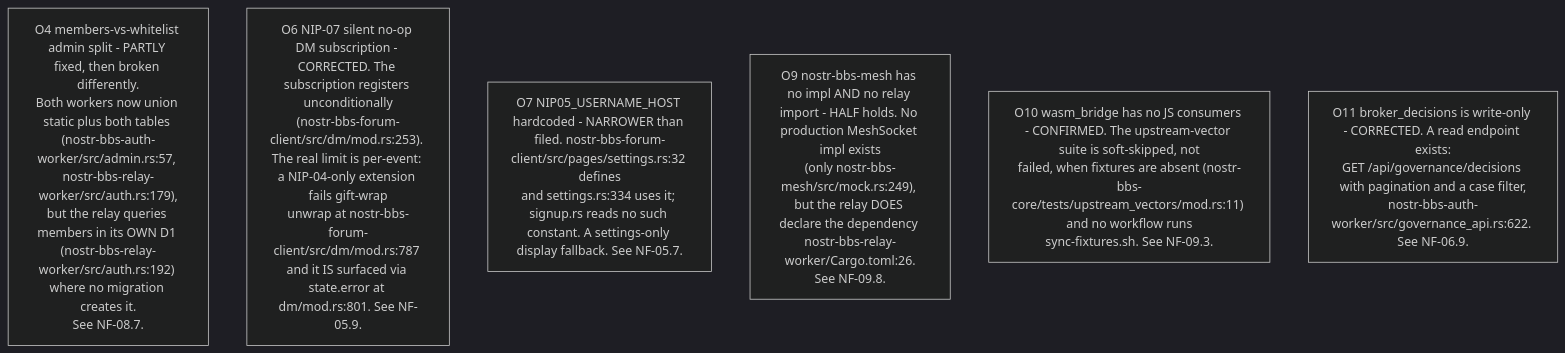
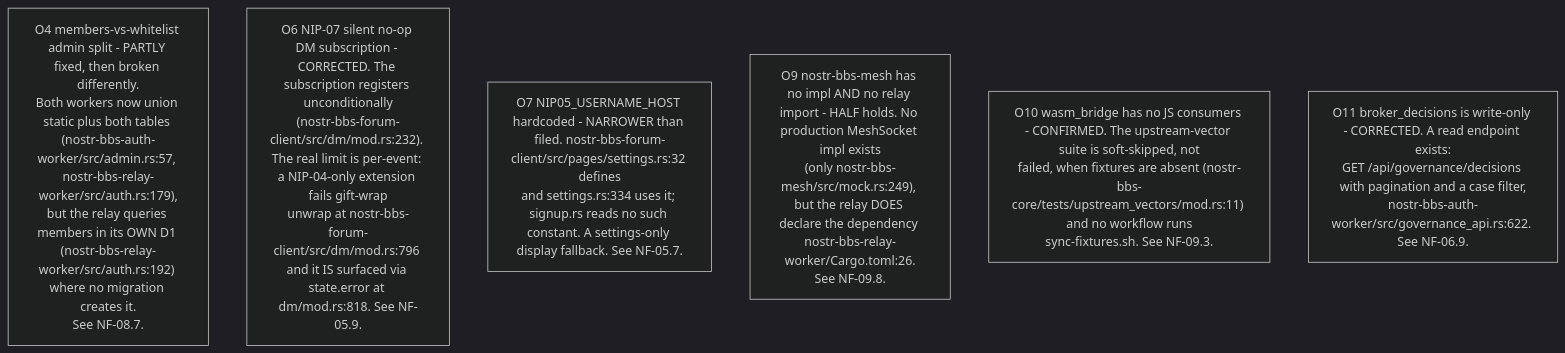
The fourth of 10 diagrams in docs/diagrams/nostr-rust-forum/10-invariants-and-anomaly-register.md (DreamLab-AI/VisionFlow), drawn with Mermaid (dark theme) before and after one commit. The commit also changed other lines of this file and 136 other files, not shown here.

First line of the commit message:
docs(diagrams): refresh the whole corpus to code HEAD and prune low-value diagrams

````diff
--- a/docs/diagrams/nostr-rust-forum/10-invariants-and-anomaly-register.md
+++ b/docs/diagrams/nostr-rust-forum/10-invariants-and-anomaly-register.md
@@ -107,9 +106,9 @@
 ```mermaid
 flowchart TB
     O4["O4 members-vs-whitelist admin split - PARTLY fixed, then broken differently.<br/>Both workers now union static plus both tables (nostr-bbs-auth-worker/src/admin.rs:57, nostr-bbs-relay-worker/src/auth.rs:179),<br/>but the relay queries members in its OWN D1 (nostr-bbs-relay-worker/src/auth.rs:192) where no migration creates it.<br/>See NF-08.7."]
-    O6["O6 NIP-07 silent no-op DM subscription - CORRECTED. The subscription registers unconditionally<br/>(nostr-bbs-forum-client/src/dm/mod.rs:253). The real limit is per-event: a NIP-04-only extension fails gift-wrap<br/>unwrap at nostr-bbs-forum-client/src/dm/mod.rs:787 and it IS surfaced via state.error at dm/mod.rs:801. See NF-05.9."]
+    O6["O6 NIP-07 silent no-op DM subscription - CORRECTED. The subscription registers unconditionally<br/>(nostr-bbs-forum-client/src/dm/mod.rs:232). The real limit is per-event: a NIP-04-only extension fails gift-wrap<br/>unwrap at nostr-bbs-forum-client/src/dm/mod.rs:796 and it IS surfaced via state.error at dm/mod.rs:818. See NF-05.9."]
     O7["O7 NIP05_USERNAME_HOST hardcoded - NARROWER than filed. nostr-bbs-forum-client/src/pages/settings.rs:32 defines<br/>and settings.rs:334 uses it; signup.rs reads no such constant. A settings-only display fallback. See NF-05.7."]
     O9["O9 nostr-bbs-mesh has no impl AND no relay import - HALF holds. No production MeshSocket impl exists<br/>(only nostr-bbs-mesh/src/mock.rs:249), but the relay DOES declare the dependency nostr-bbs-relay-worker/Cargo.toml:26.<br/>See NF-09.8."]
     O10["O10 wasm_bridge has no JS consumers - CONFIRMED. The upstream-vector suite is soft-skipped, not<br/>failed, when fixtures are absent (nostr-bbs-core/tests/upstream_vectors/mod.rs:11) and no workflow runs<br/>sync-fixtures.sh. See NF-09.3."]
     O11c["O11 broker_decisions is write-only - CORRECTED. A read endpoint exists:<br/>GET /api/governance/decisions with pagination and a case filter,<br/>nostr-bbs-auth-worker/src/governance_api.rs:622. See NF-06.9."]
 ```
````
